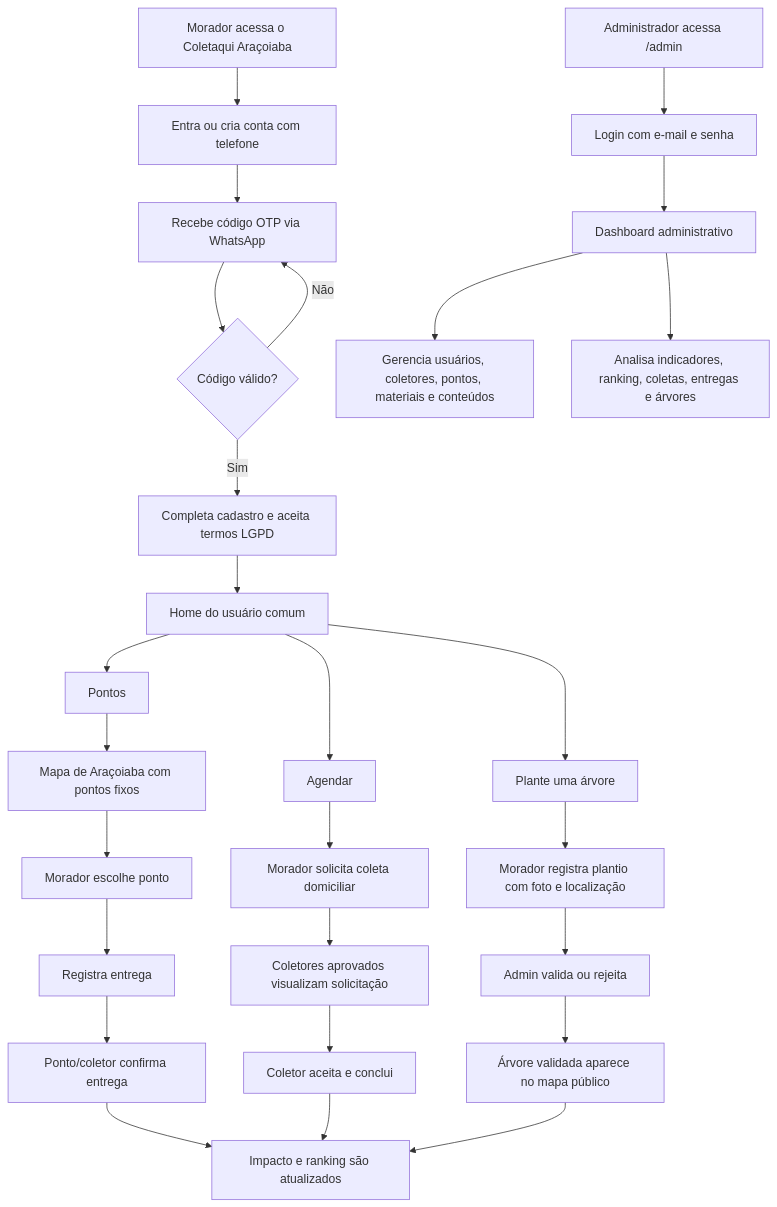
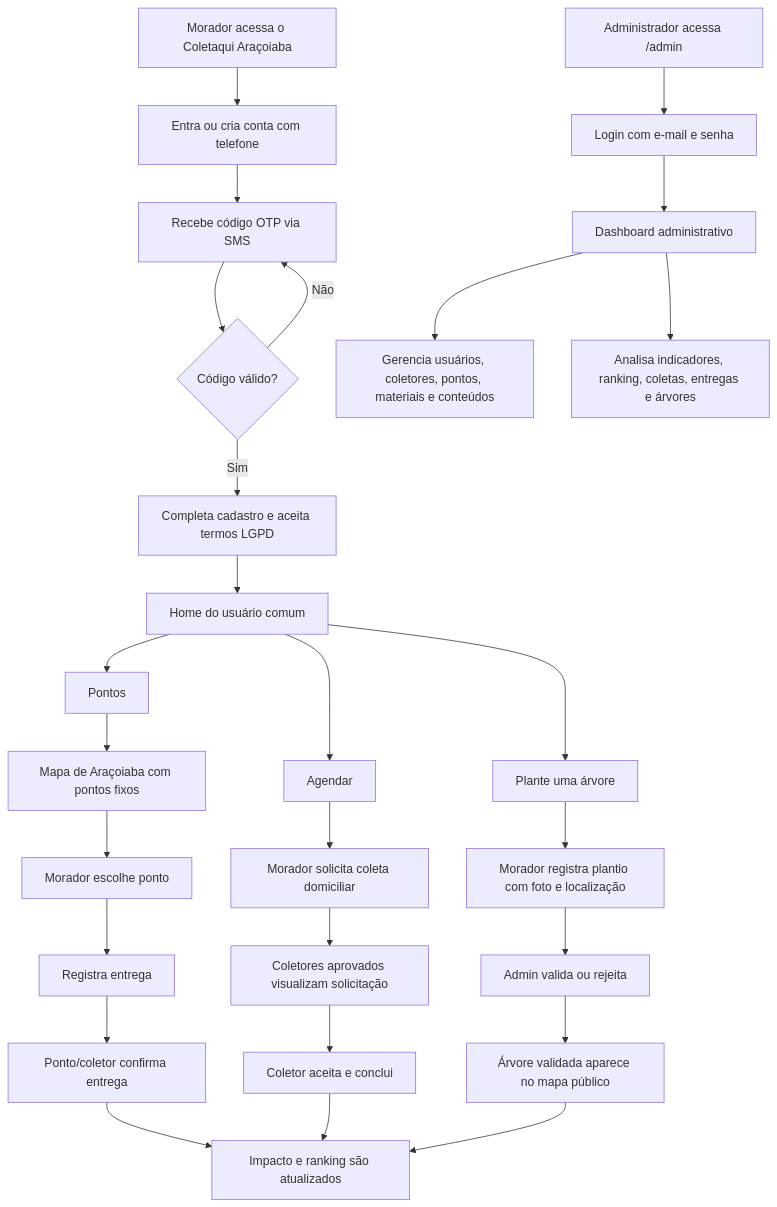
One commit to WirllySilva/coletaqui changed the first of 3 diagrams in docs/system-manual.md. Above: the diagram before and after it, drawn with Mermaid. The commit also changed other lines of this file and 23 other files, not shown here.

Commit message:
Prepara deploy VPS e OTP via SMS

````diff
--- a/docs/system-manual.md
+++ b/docs/system-manual.md
@@ -88,33 +88,33 @@
 ```mermaid
 flowchart TD
     A["Morador acessa o Coletaqui Araçoiaba"] --> B["Entra ou cria conta com telefone"]
-    B --> C["Recebe código OTP via WhatsApp"]
+    B --> C["Recebe código OTP via SMS"]
     C --> D{"Código válido?"}
     D -- "Não" --> C
     D -- "Sim" --> E["Completa cadastro e aceita termos LGPD"]
     E --> F["Home do usuário comum"]
 
     F --> G["Pontos"]
     G --> H["Mapa de Araçoiaba com pontos fixos"]
     H --> I["Morador escolhe ponto"]
     I --> J["Registra entrega"]
     J --> K["Ponto/coletor confirma entrega"]
     K --> L["Impacto e ranking são atualizados"]
 
     F --> M["Agendar"]
     M --> N["Morador solicita coleta domiciliar"]
     N --> O["Coletores aprovados visualizam solicitação"]
     O --> P["Coletor aceita e conclui"]
     P --> L
 
     F --> Q["Plante uma árvore"]
     Q --> R["Morador registra plantio com foto e localização"]
     R --> S["Admin valida ou rejeita"]
     S --> T["Árvore validada aparece no mapa público"]
     T --> L
 
     U["Administrador acessa /admin"] --> V["Login com e-mail e senha"]
     V --> W["Dashboard administrativo"]
     W --> X["Gerencia usuários, coletores, pontos, materiais e conteúdos"]
     W --> Y["Analisa indicadores, ranking, coletas, entregas e árvores"]
 ```
````
